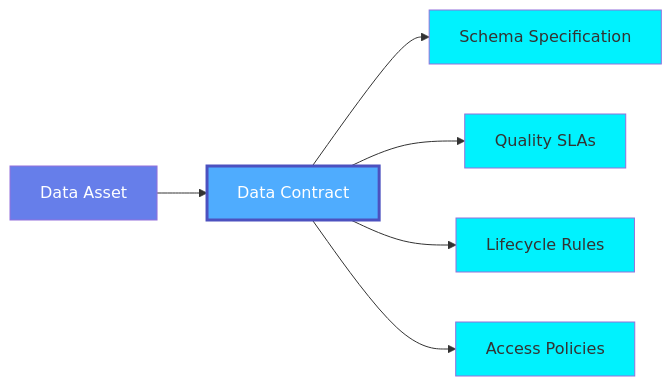
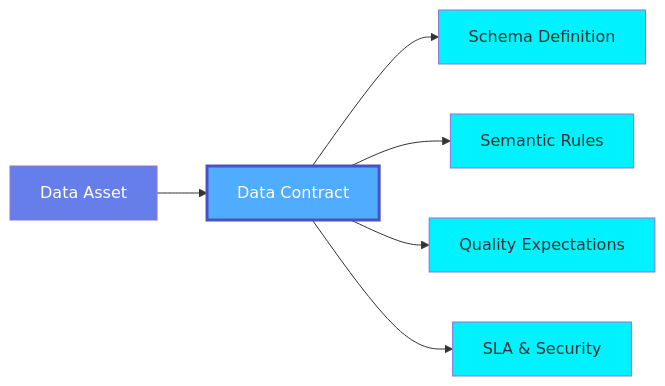
The first of 3 diagrams in docs/data-contracts/data-contract.md (open-metadata/OpenMetadataStandards), drawn with Mermaid before and after one commit. The commit also changed other lines of this file and 24 other files, not shown here.

````diff
--- a/docs/data-contracts/data-contract.md
+++ b/docs/data-contracts/data-contract.md
@@ -29,18 +30,18 @@
 ```mermaid
 graph LR
     A[Data Asset] --> B[Data Contract]
-    B --> C1[Schema Specification]
-    B --> C2[Quality SLAs]
-    B --> C3[Lifecycle Rules]
-    B --> C4[Access Policies]
+    B --> C1[Schema Definition]
+    B --> C2[Semantic Rules]
+    B --> C3[Quality Expectations]
+    B --> C4[SLA & Security]
 
     style A fill:#667eea,color:#fff
     style B fill:#4facfe,color:#fff,stroke:#4c51bf,stroke-width:3px
     style C1 fill:#00f2fe,color:#333
     style C2 fill:#00f2fe,color:#333
     style C3 fill:#00f2fe,color:#333
     style C4 fill:#00f2fe,color:#333
 
     click A "#data-asset" "Data Asset"
     click B "#data-contract" "Data Contract"
 ```
````
